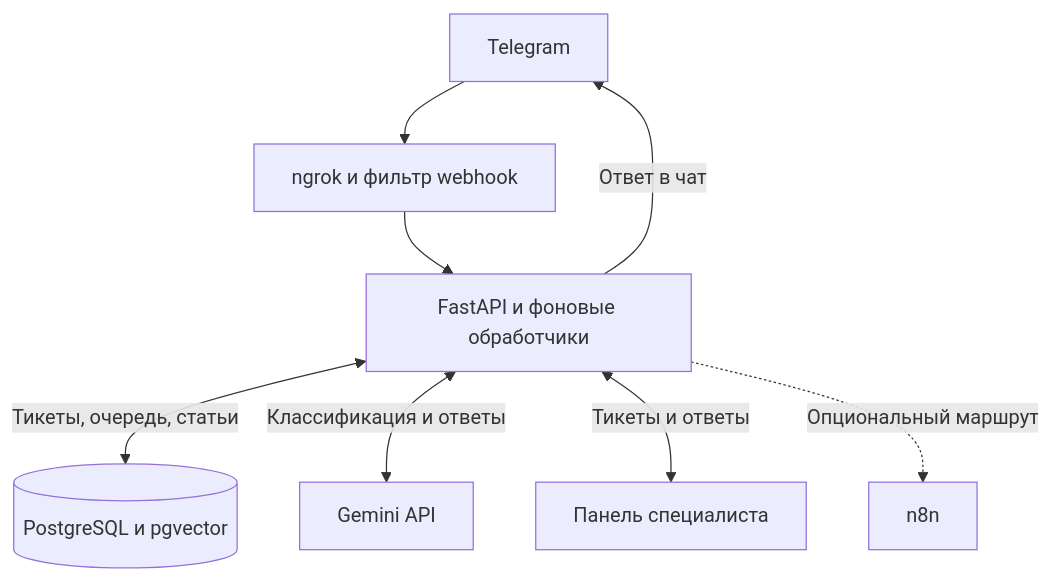
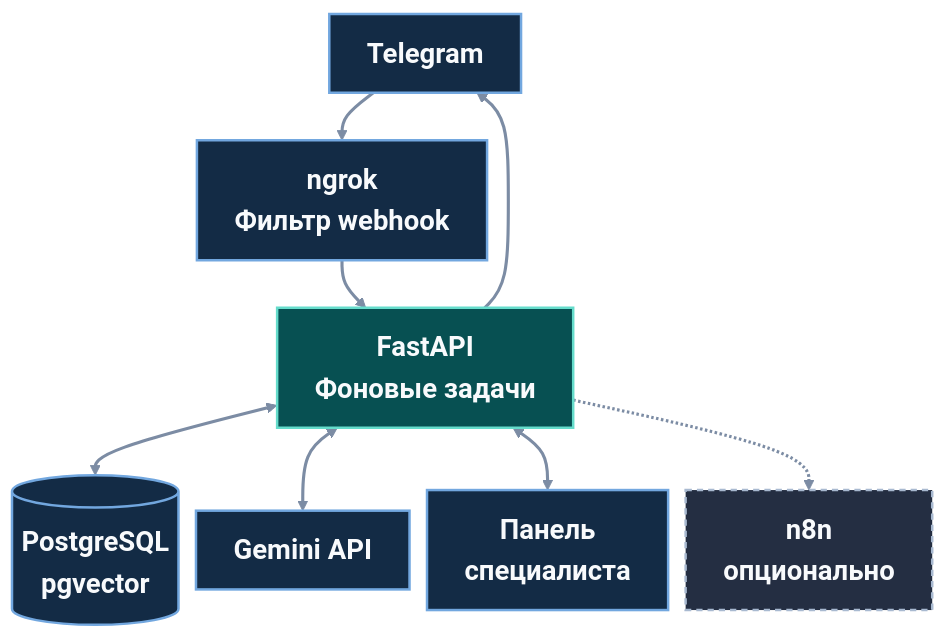
Before and after one commit to obebme/ai-service-desk: the diagram in README.md, drawn with Mermaid.

Commit message:
Make the README architecture diagram easier to read

````diff
--- a/README.md
+++ b/README.md
@@ -69,10 +69,31 @@
 ```mermaid
-flowchart TD
-    Telegram["Telegram"] --> Ingress["ngrok и фильтр webhook"]
-    Ingress --> API["FastAPI и фоновые обработчики"]
-    API -->|"Ответ в чат"| Telegram
-    API <-->|"Тикеты, очередь, статьи"| DB[("PostgreSQL и pgvector")]
-    API <-->|"Классификация и ответы"| AI["Gemini API"]
-    API <-->|"Тикеты и ответы"| Panel["Панель специалиста"]
-    API -.->|"Опциональный маршрут"| N8N["n8n"]
+---
+config:
+  theme: base
+  themeVariables:
+    fontSize: "22px"
+    lineColor: "#7C8CA4"
+  flowchart:
+    nodeSpacing: 14
+    rankSpacing: 38
+    diagramPadding: 8
+---
+flowchart TB
+    accTitle: Поток обращений AI Service Desk
+    accDescr: Telegram отправляет сообщение через фильтр webhook в FastAPI. FastAPI отвечает в чат и взаимодействует с PostgreSQL, Gemini и панелью специалиста. n8n подключается по желанию.
+
+    Telegram["Telegram"] --> Ingress["ngrok<br/>Фильтр webhook"]
+    Ingress --> API["FastAPI<br/>Фоновые задачи"]
+    API --> Telegram
+    API <--> DB[("PostgreSQL<br/>pgvector")]
+    API <--> AI["Gemini API"]
+    API <--> Panel["Панель<br/>специалиста"]
+    API -.-> N8N["n8n<br/>опционально"]
+
+    classDef default fill:#132B45,stroke:#72A7DF,color:#F8FAFC,stroke-width:2px,font-weight:600;
+    classDef core fill:#075052,stroke:#65DCCB,color:#F8FAFC,stroke-width:2px,font-weight:700;
+    classDef optional fill:#242E42,stroke:#A8B9D0,color:#F8FAFC,stroke-width:2px,stroke-dasharray:5 4,font-weight:600;
+    class API core;
+    class N8N optional;
+    linkStyle default stroke:#7C8CA4,stroke-width:2.5px;
 ```
````
